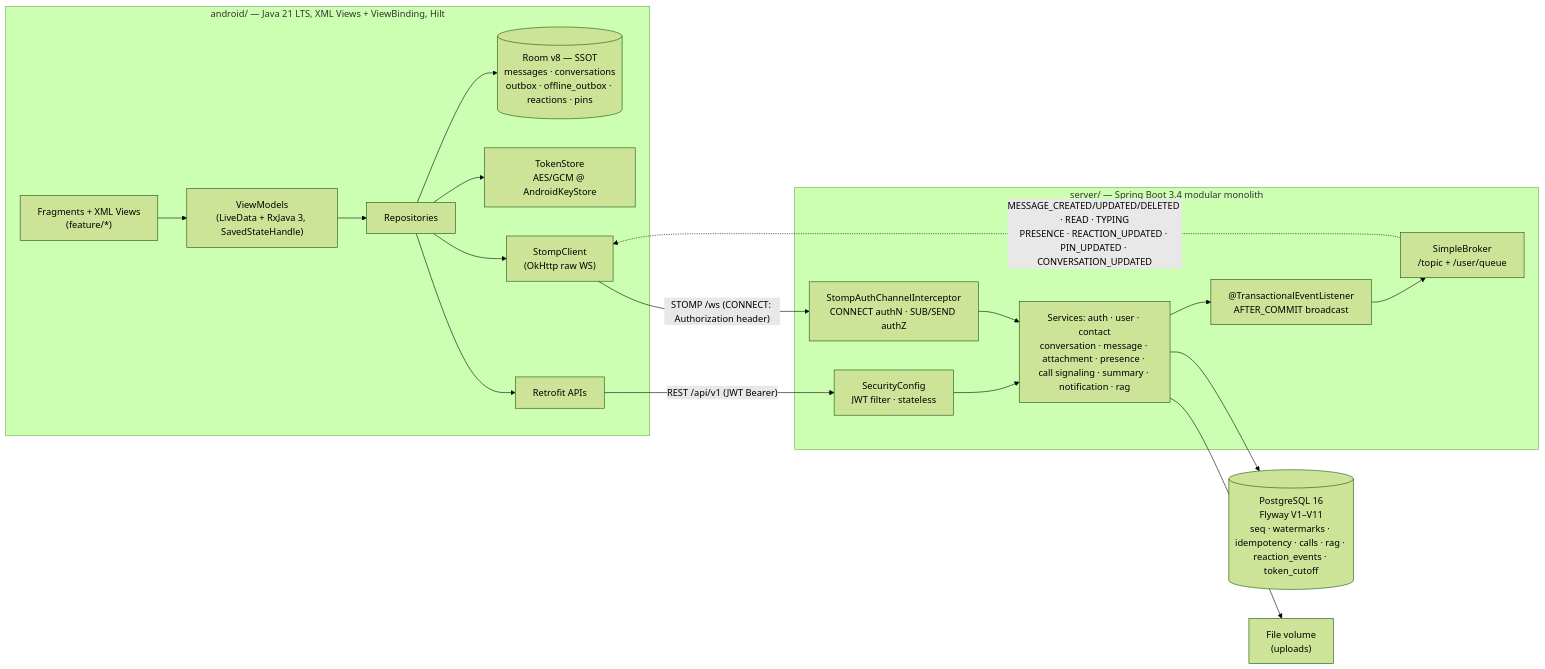
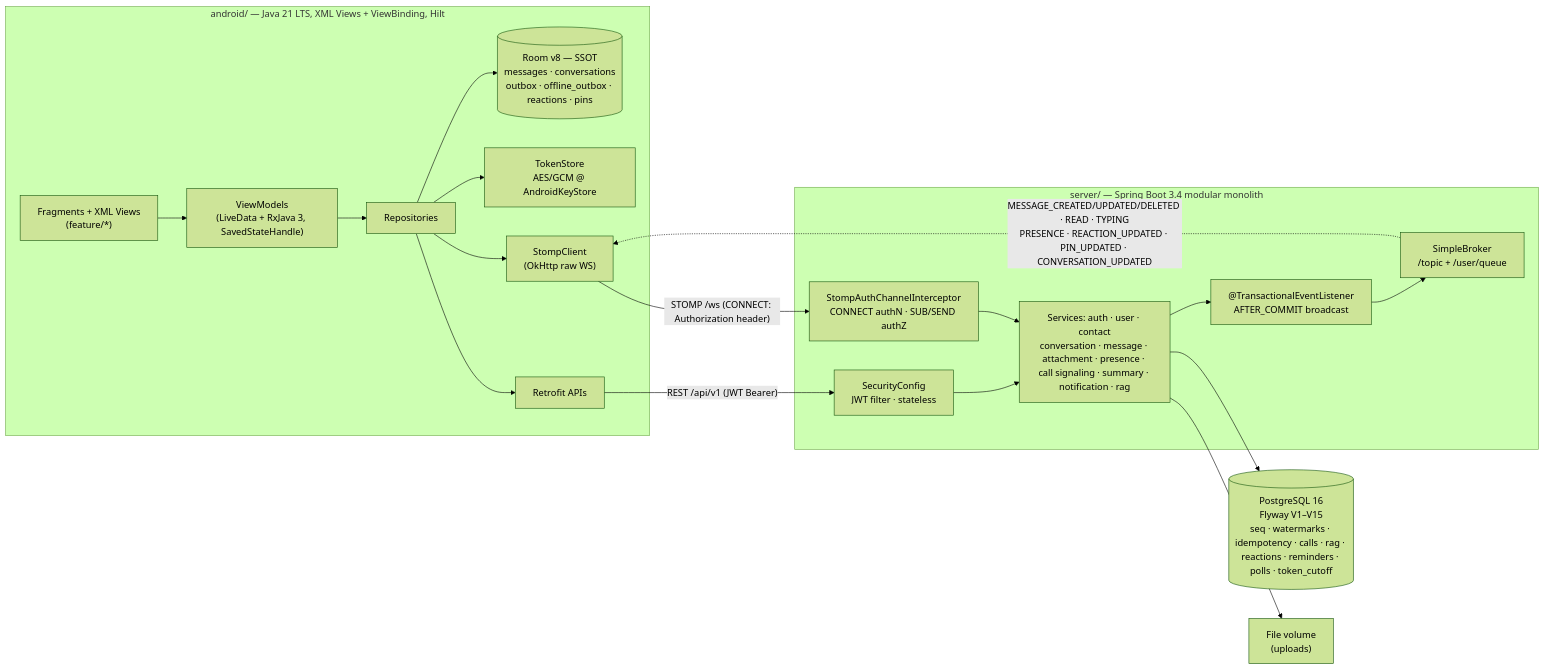
Before and after one commit to JasonTM17/Nexachat_AppJ: the diagram in README.md, drawn with Mermaid (forest theme). The commit also changed other lines of this file and 6 other files, not shown here.

````diff
--- a/README.md
+++ b/README.md
@@ -101,29 +105,29 @@
 ```mermaid
 flowchart LR
     subgraph Android["android/ — Java 21 LTS, XML Views + ViewBinding, Hilt"]
         UI["Fragments + XML Views<br/>(feature/*)"] --> VM["ViewModels<br/>(LiveData + RxJava 3, SavedStateHandle)"]
         VM --> REPO["Repositories"]
         REPO --> ROOM[("Room v8 — SSOT<br/>messages · conversations<br/>outbox · offline_outbox · reactions · pins")]
         REPO --> TS["TokenStore<br/>AES/GCM @ AndroidKeyStore"]
         REPO --> ST["StompClient<br/>(OkHttp raw WS)"]
         REPO --> RT["Retrofit APIs"]
     end
 
     subgraph Server["server/ — Spring Boot 3.4 modular monolith"]
         SEC["SecurityConfig<br/>JWT filter · stateless"]
         INT["StompAuthChannelInterceptor<br/>CONNECT authN · SUB/SEND authZ"]
         SVC["Services: auth · user · contact<br/>conversation · message · attachment · presence · call signaling · summary · notification · rag"]
         EVT["@TransactionalEventListener<br/>AFTER_COMMIT broadcast"]
         BR["SimpleBroker<br/>/topic + /user/queue"]
     end
 
-    DB[("PostgreSQL 16<br/>Flyway V1–V11<br/>seq · watermarks · idempotency · calls · rag · reaction_events · token_cutoff")]
+    DB[("PostgreSQL 16<br/>Flyway V1–V15<br/>seq · watermarks · idempotency · calls · rag · reactions · reminders · polls · token_cutoff")]
     FS["File volume<br/>(uploads)"]
 
     RT -- "REST /api/v1 (JWT Bearer)" --> SEC --> SVC
     ST -- "STOMP /ws (CONNECT: Authorization header)" --> INT --> SVC
     SVC --> DB
     SVC --> FS
     SVC --> EVT --> BR
     BR -. "MESSAGE_CREATED/UPDATED/DELETED · READ · TYPING<br/>PRESENCE · REACTION_UPDATED · PIN_UPDATED · CONVERSATION_UPDATED" .-> ST
 ```
````
